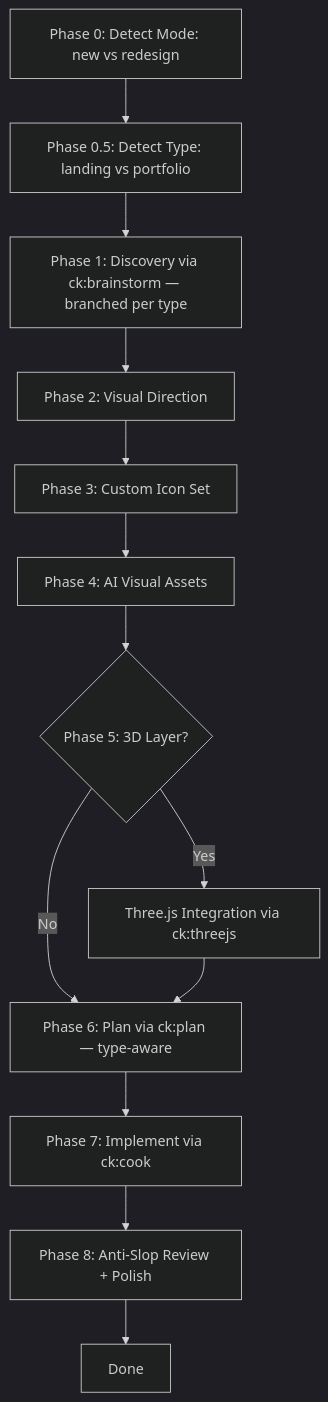
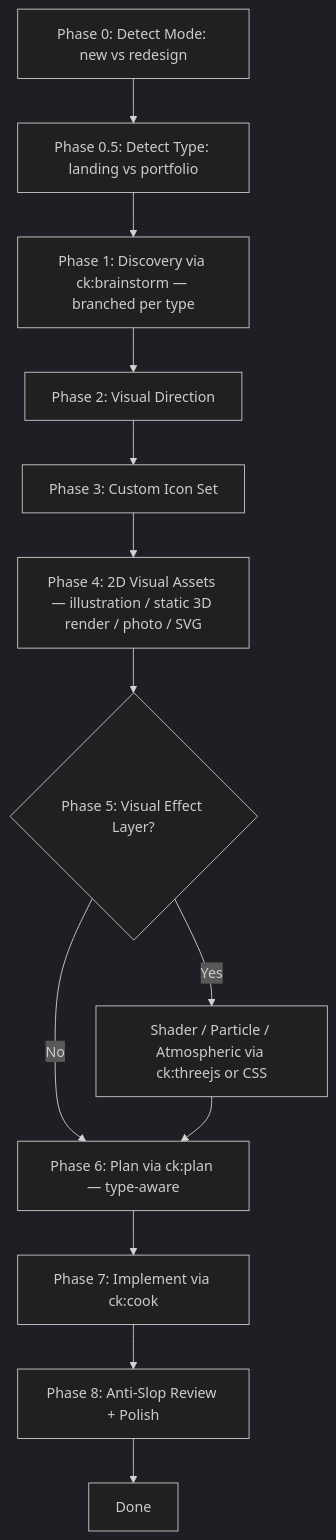
Before and after one commit to dris1153/perfect-ui: the diagram in SKILL.md, drawn with Mermaid (dark theme). The commit also changed other lines of this file and 9 other files, not shown here.

````diff
--- a/SKILL.md
+++ b/SKILL.md
@@ -42,15 +44,15 @@
 ```mermaid
 flowchart TD
     M[Phase 0: Detect Mode: new vs redesign] --> T[Phase 0.5: Detect Type: landing vs portfolio]
     T --> B[Phase 1: Discovery via ck:brainstorm — branched per type]
     B --> C[Phase 2: Visual Direction]
     C --> D[Phase 3: Custom Icon Set]
-    D --> E[Phase 4: AI Visual Assets]
-    E --> F{Phase 5: 3D Layer?}
-    F -->|Yes| G[Three.js Integration via ck:threejs]
+    D --> E[Phase 4: 2D Visual Assets — illustration / static 3D render / photo / SVG]
+    E --> F{Phase 5: Visual Effect Layer?}
+    F -->|Yes| G[Shader / Particle / Atmospheric via ck:threejs or CSS]
     F -->|No| H[Phase 6: Plan via ck:plan — type-aware]
     G --> H
     H --> I[Phase 7: Implement via ck:cook]
     I --> J[Phase 8: Anti-Slop Review + Polish]
     J --> K[Done]
 ```
````
